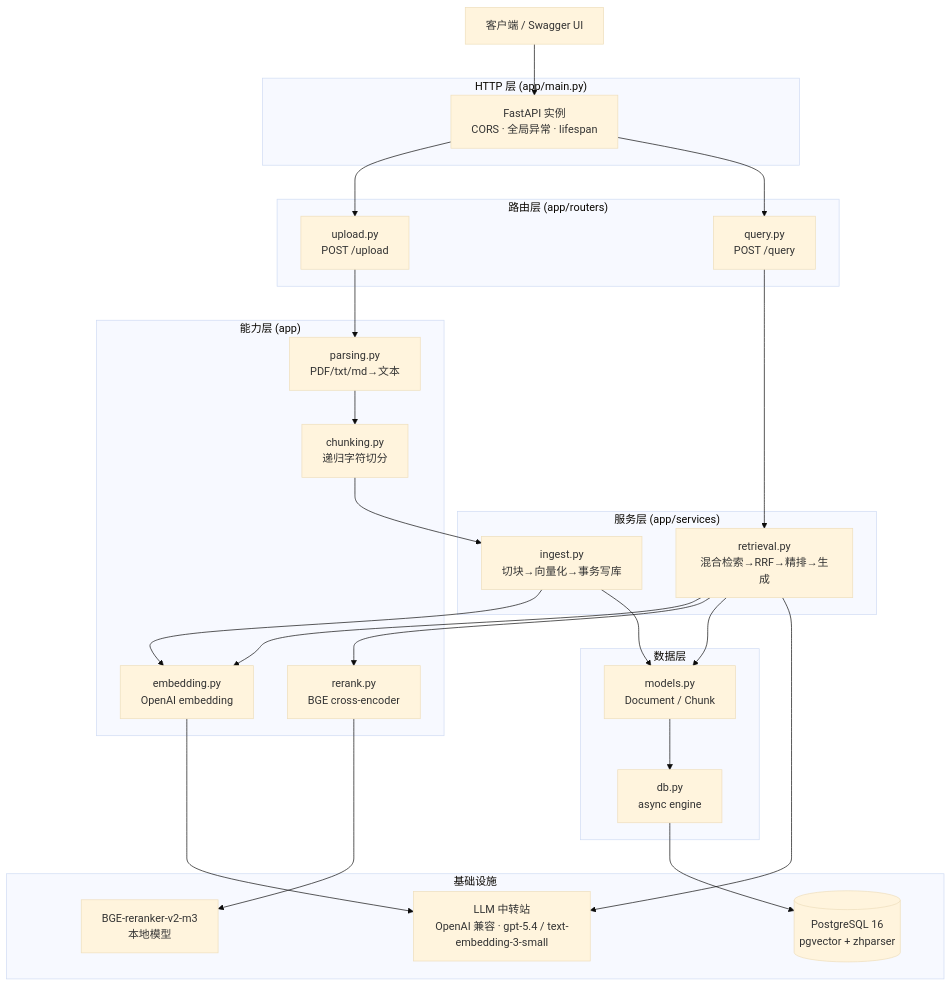
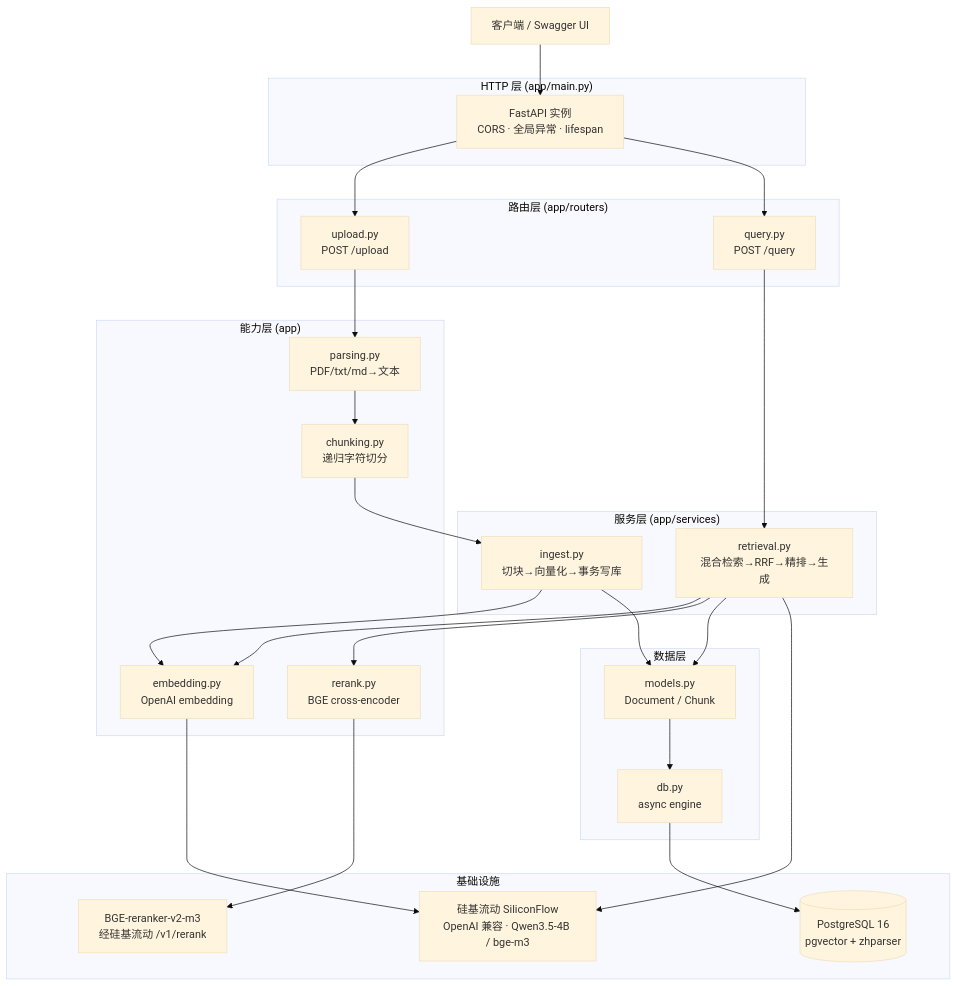
Before and after one commit to BryanLi93/ai-practise: the first of 4 diagrams in 0607-rag-service/docs/ARCHITECTURE.md, drawn with Mermaid (base theme). The commit also changed other lines of this file and 23 other files, not shown here.

````diff
--- a/0607-rag-service/docs/ARCHITECTURE.md
+++ b/0607-rag-service/docs/ARCHITECTURE.md
@@ -7,46 +7,46 @@
 ```mermaid
 graph TD
     Client[客户端 / Swagger UI]
 
     subgraph HTTP["HTTP 层 (app/main.py)"]
         FastAPI[FastAPI 实例<br/>CORS · 全局异常 · lifespan]
     end
 
     subgraph Router["路由层 (app/routers)"]
         Upload[upload.py<br/>POST /upload]
         Query[query.py<br/>POST /query]
     end
 
     subgraph Service["服务层 (app/services)"]
         Ingest[ingest.py<br/>切块→向量化→事务写库]
         Retrieval[retrieval.py<br/>混合检索→RRF→精排→生成]
     end
 
     subgraph Capability["能力层 (app)"]
         Parsing[parsing.py<br/>PDF/txt/md→文本]
         Chunking[chunking.py<br/>递归字符切分]
         Embedding[embedding.py<br/>OpenAI embedding]
         Rerank[rerank.py<br/>BGE cross-encoder]
     end
 
     subgraph Data["数据层"]
         Models[models.py<br/>Document / Chunk]
         DB[db.py<br/>async engine]
     end
 
     subgraph Infra["基础设施"]
         PG[(PostgreSQL 16<br/>pgvector + zhparser)]
-        Gemini[LLM 中转站<br/>OpenAI 兼容 · gpt-5.4 / text-embedding-3-small]
-        BGE[BGE-reranker-v2-m3<br/>本地模型]
+        Gemini[硅基流动 SiliconFlow<br/>OpenAI 兼容 · Qwen3.5-4B / bge-m3]
+        BGE[BGE-reranker-v2-m3<br/>经硅基流动 /v1/rerank]
     end
 
     Client --> FastAPI --> Upload & Query
     Upload --> Parsing --> Chunking --> Ingest
     Query --> Retrieval
     Ingest --> Embedding & Models
     Retrieval --> Embedding & Rerank & Models
     Embedding --> Gemini
     Rerank --> BGE
     Models --> DB --> PG
     Retrieval --> Gemini
 ```
````
